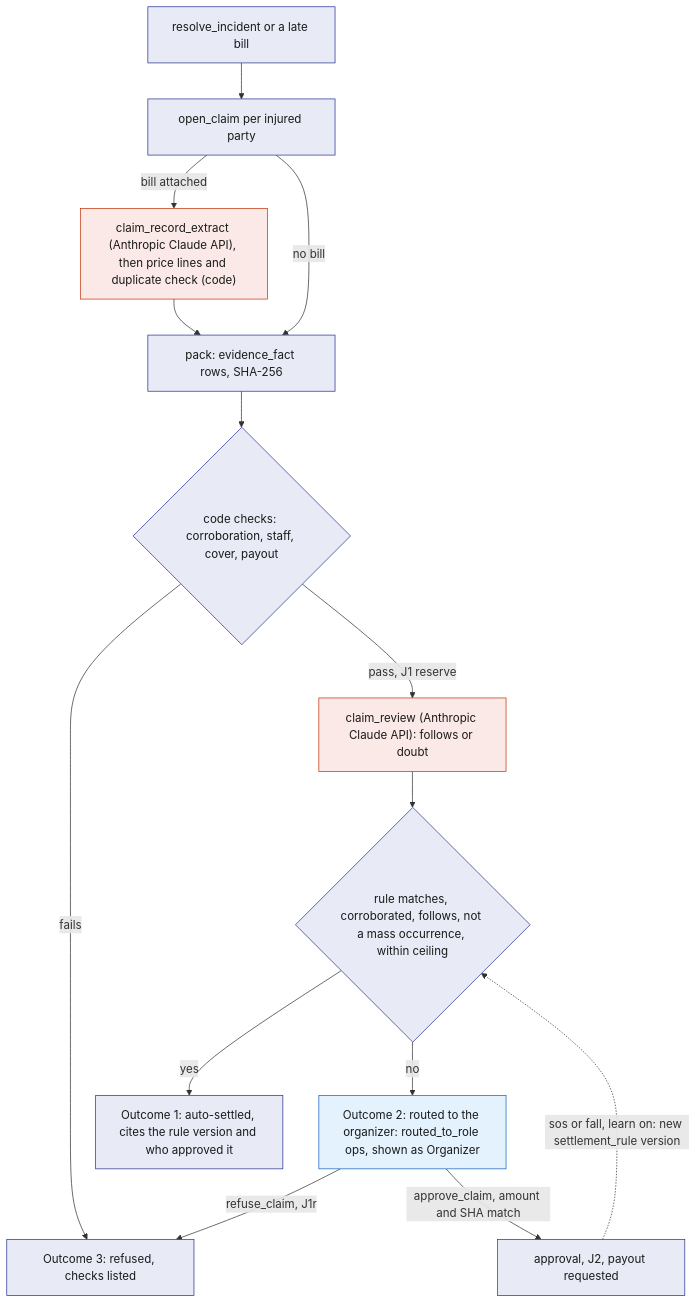
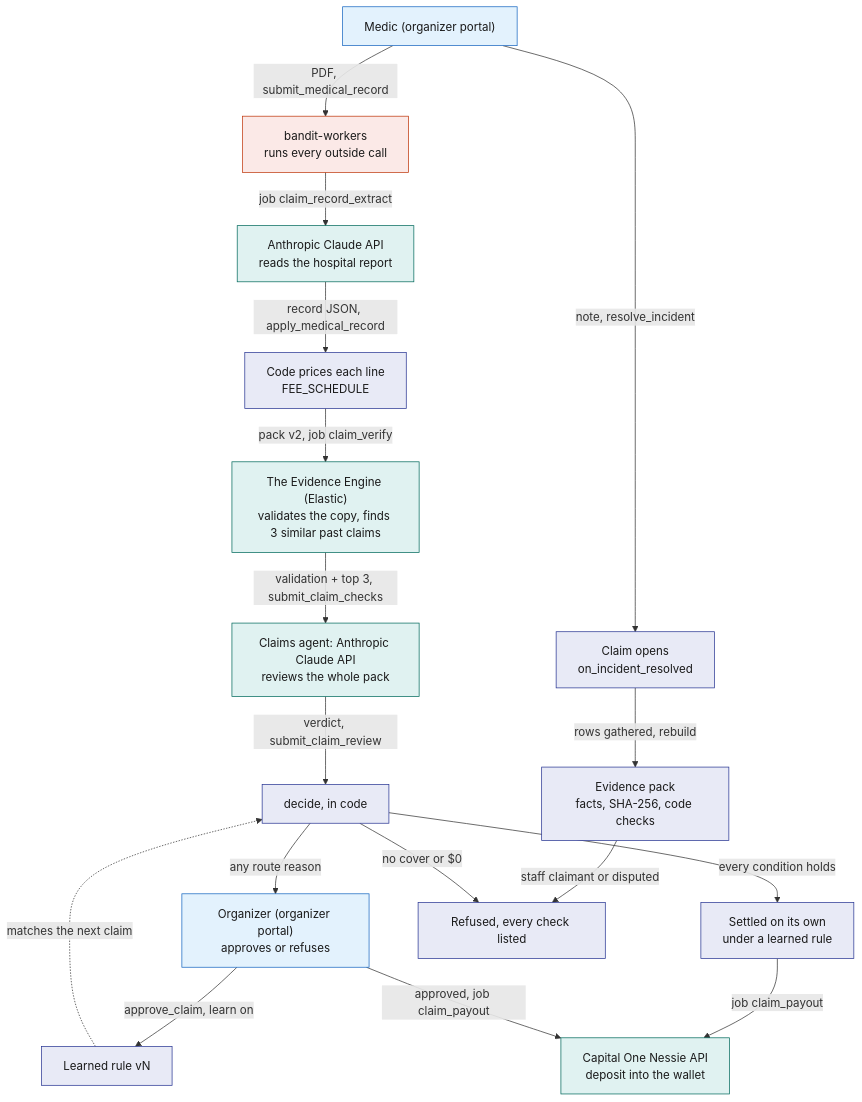
Before and after one commit to viktorinkov/cal-hacks-13: the first of 5 diagrams in System Design/6-features/Insurance.md, drawn with Mermaid. The commit also changed other lines of this file and 4 other files, not shown here.

Commit message:
system design: sponsor tracks, insurance Decision Engine, Evidence Engine

````diff
--- a/System Design/6-features/Insurance.md
+++ b/System Design/6-features/Insurance.md
@@ -262,22 +15,39 @@
 ```mermaid
-flowchart TD
-  R["resolve_incident or a late bill"] --> O["open_claim per injured party"]
-  O -->|"bill attached"| B["claim_record_extract (Anthropic Claude API), then price lines and duplicate check (code)"]
-  O -->|"no bill"| K
-  B --> K["pack: evidence_fact rows, SHA-256"]
-  K --> C{"code checks: corroboration, staff, cover, payout"}
-  C -->|"fails"| X["Outcome 3: refused, checks listed"]
-  C -->|"pass, J1 reserve"| CR["claim_review (Anthropic Claude API): follows or doubt"]
-  CR --> S{"rule matches, corroborated, follows, not a mass occurrence, within ceiling"}
-  S -->|"yes"| A["Outcome 1: auto-settled, cites the rule version and who approved it"]
-  S -->|"no"| Q["Outcome 2: routed to the organizer: routed_to_role ops, shown as Organizer"]
-  Q -->|"refuse_claim, J1r"| X
-  Q -->|"approve_claim, amount and SHA match"| P["approval, J2, payout requested"]
-  P -.->|"sos or fall, learn on: new settlement_rule version"| S
+flowchart TB
+  classDef rust fill:#FBE9E7,stroke:#BF360C,color:#1A1A1A
   classDef stdb fill:#E8EAF6,stroke:#283593,color:#1A1A1A
-  classDef rust fill:#FBE9E7,stroke:#BF360C,color:#1A1A1A
   classDef web fill:#E3F2FD,stroke:#1565C0,color:#1A1A1A
-  class R,O,K,C,S,A,P,X stdb
-  class B,CR rust
-  class Q web
+  classDef ext fill:#E0F2F1,stroke:#00695C,color:#1A1A1A
+
+  Medic["Medic (organizer portal)"]:::web
+  Open["Claim opens<br/>on_incident_resolved"]:::stdb
+  Pack["Evidence pack<br/>facts, SHA-256, code checks"]:::stdb
+  Read["Anthropic Claude API<br/>reads the hospital report"]:::ext
+  Price["Code prices each line<br/>FEE_SCHEDULE"]:::stdb
+  EE["The Evidence Engine (Elastic)<br/>validates the copy, finds 3 similar past claims"]:::ext
+  Agent["Claims agent: Anthropic Claude API<br/>reviews the whole pack"]:::ext
+  Decide["decide, in code"]:::stdb
+  Auto["Settled on its own<br/>under a learned rule"]:::stdb
+  Org["Organizer (organizer portal)<br/>approves or refuses"]:::web
+  Ref["Refused, every check listed"]:::stdb
+  Rule["Learned rule vN"]:::stdb
+  Pay["Capital One Nessie API<br/>deposit into the wallet"]:::ext
+  W["bandit-workers<br/>runs every outside call"]:::rust
+
+  Medic -->|"note, resolve_incident"| Open
+  Open -->|"rows gathered, rebuild"| Pack
+  Pack -->|"staff claimant or disputed"| Ref
+  Medic -->|"PDF, submit_medical_record"| W
+  W -->|"job claim_record_extract"| Read
+  Read -->|"record JSON, apply_medical_record"| Price
+  Price -->|"pack v2, job claim_verify"| EE
+  EE -->|"validation + top 3, submit_claim_checks"| Agent
+  Agent -->|"verdict, submit_claim_review"| Decide
+  Decide -->|"no cover or $0"| Ref
+  Decide -->|"any route reason"| Org
+  Decide -->|"every condition holds"| Auto
+  Org -->|"approve_claim, learn on"| Rule
+  Rule -.->|"matches the next claim"| Decide
+  Auto -->|"job claim_payout"| Pay
+  Org -->|"approved, job claim_payout"| Pay
 ```
````
